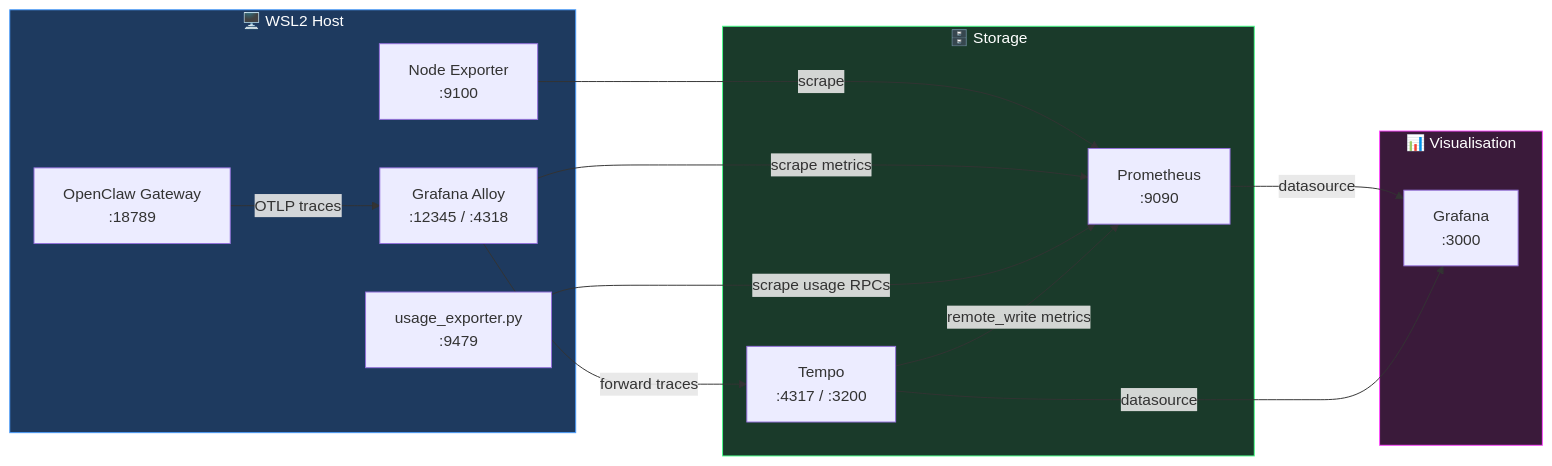
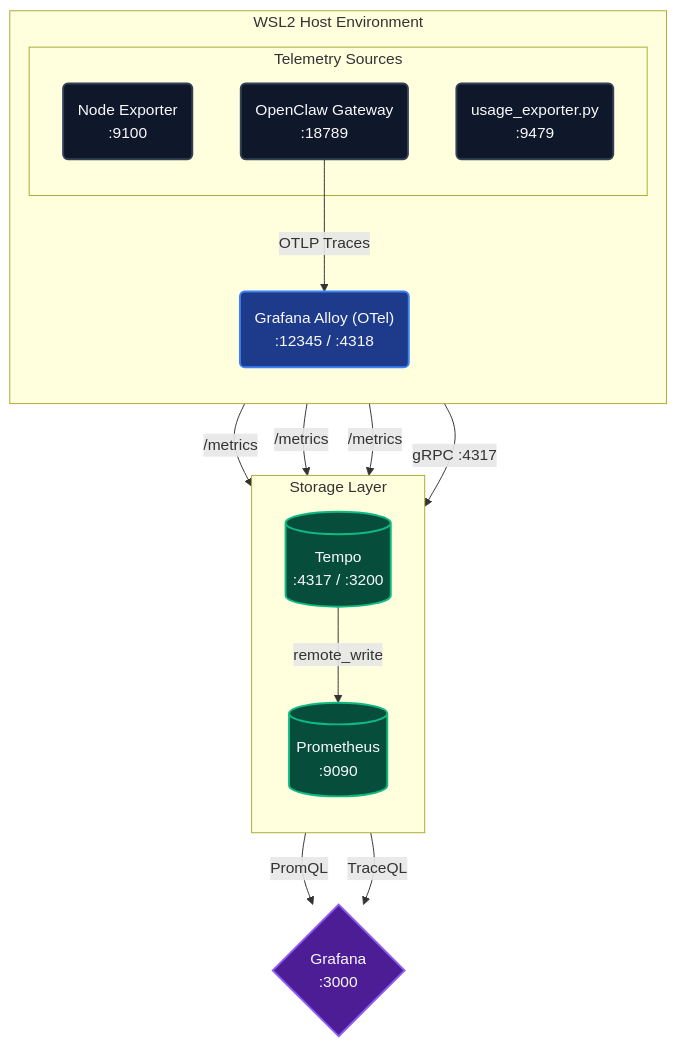
Before and after one commit to vishal8shah/openclaw-personal-ai-agent: the first of 3 diagrams in docs-site/docs/observability.md, drawn with Mermaid. The commit also changed other lines of this file, not shown here.

First line of the commit message:
Fix Mermaid diagrams in docs-site observability guide

````diff
--- a/docs-site/docs/observability.md
+++ b/docs-site/docs/observability.md
@@ -15,31 +15,34 @@
 ```mermaid
-flowchart LR
-    subgraph Host["🖥️ WSL2 Host"]
-        NE["Node Exporter\n:9100"]
-        OC["OpenClaw Gateway\n:18789"]
-        AL["Grafana Alloy\n:12345 / :4318"]
-        UE["usage_exporter.py\n:9479"]
+graph TD
+    classDef host fill:#0f172a,stroke:#334155,stroke-width:2px,color:#f8fafc;
+    classDef collector fill:#1e3a8a,stroke:#3b82f6,stroke-width:2px,color:#f8fafc;
+    classDef storage fill:#064e3b,stroke:#10b981,stroke-width:2px,color:#f8fafc;
+    classDef viz fill:#4c1d95,stroke:#8b5cf6,stroke-width:2px,color:#f8fafc;
+
+    subgraph WSL2 ["WSL2 Host Environment"]
+        direction TB
+        subgraph Sources ["Telemetry Sources"]
+            NE("Node Exporter  \n:9100"):::host
+            UE("usage_exporter.py  \n:9479"):::host
+            OC("OpenClaw Gateway  \n:18789"):::host
+        end
+        AL("Grafana Alloy (OTel)  \n:12345 / :4318"):::collector
     end
 
-    subgraph Storage["🗄️ Storage"]
-        PR["Prometheus\n:9090"]
-        TE["Tempo\n:4317 / :3200"]
+    subgraph Backend ["Storage Layer"]
+        direction TB
+        PR[("Prometheus  \n:9090")]:::storage
+        TE[("Tempo  \n:4317 / :3200")]:::storage
     end
 
-    subgraph Viz["📊 Visualisation"]
-        GR["Grafana\n:3000"]
-    end
+    GR{"Grafana  \n:3000"}:::viz
 
-    NE -->|"scrape"| PR
-    AL -->|"scrape metrics"| PR
-    UE -->|"scrape usage RPCs"| PR
-    OC -->|"OTLP traces"| AL
-    AL -->|"forward traces"| TE
-    TE -->|"remote_write metrics"| PR
-    PR -->|"datasource"| GR
-    TE -->|"datasource"| GR
-
-    style Host fill:#1e3a5f,stroke:#4a9eff,color:#ffffff
-    style Storage fill:#1a3a2a,stroke:#4aff8a,color:#ffffff
-    style Viz fill:#3a1a3a,stroke:#ff4aff,color:#ffffff
+    NE -- "/metrics" --> PR
+    UE -- "/metrics" --> PR
+    AL -- "/metrics" --> PR
+    OC -- "OTLP Traces" --> AL
+    AL -- "gRPC :4317" --> TE
+    TE -- "remote_write" --> PR
+    PR -- "PromQL" --> GR
+    TE -- "TraceQL" --> GR
 ```
````
